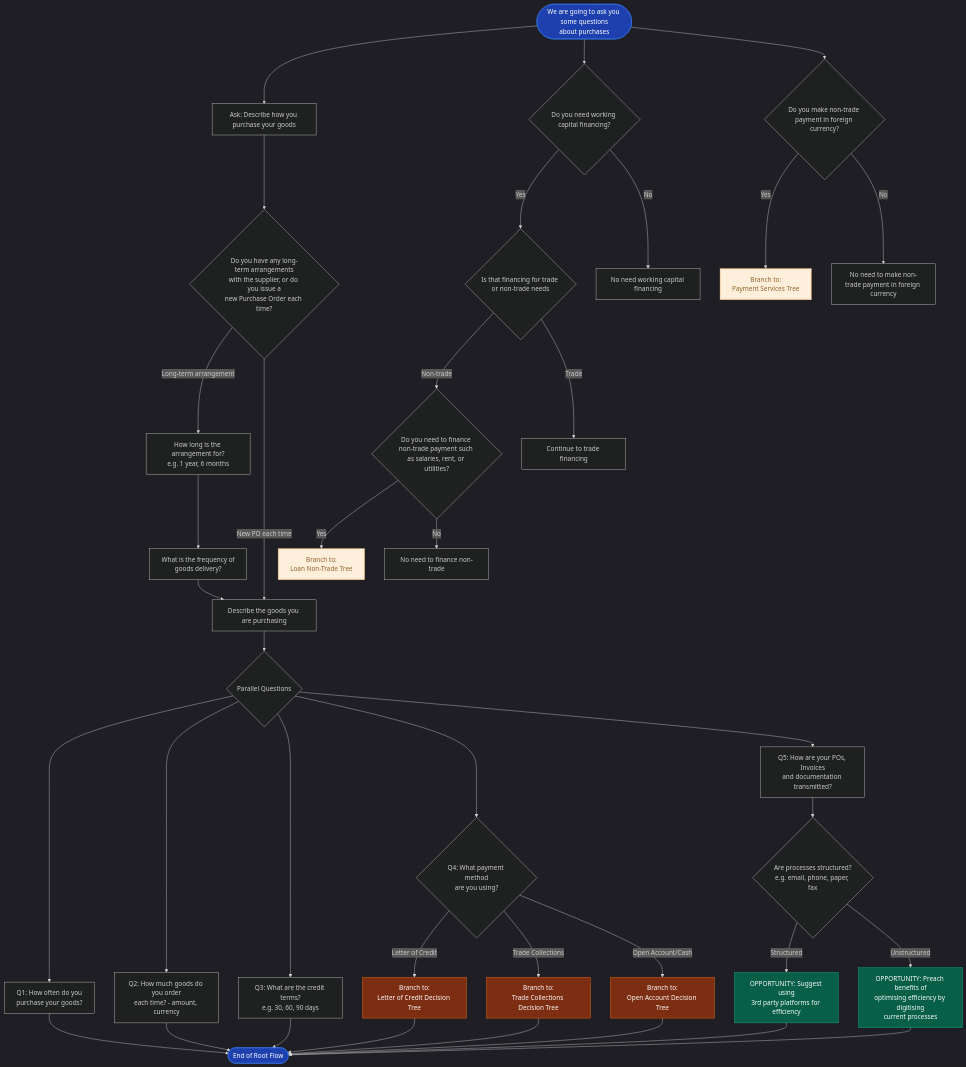
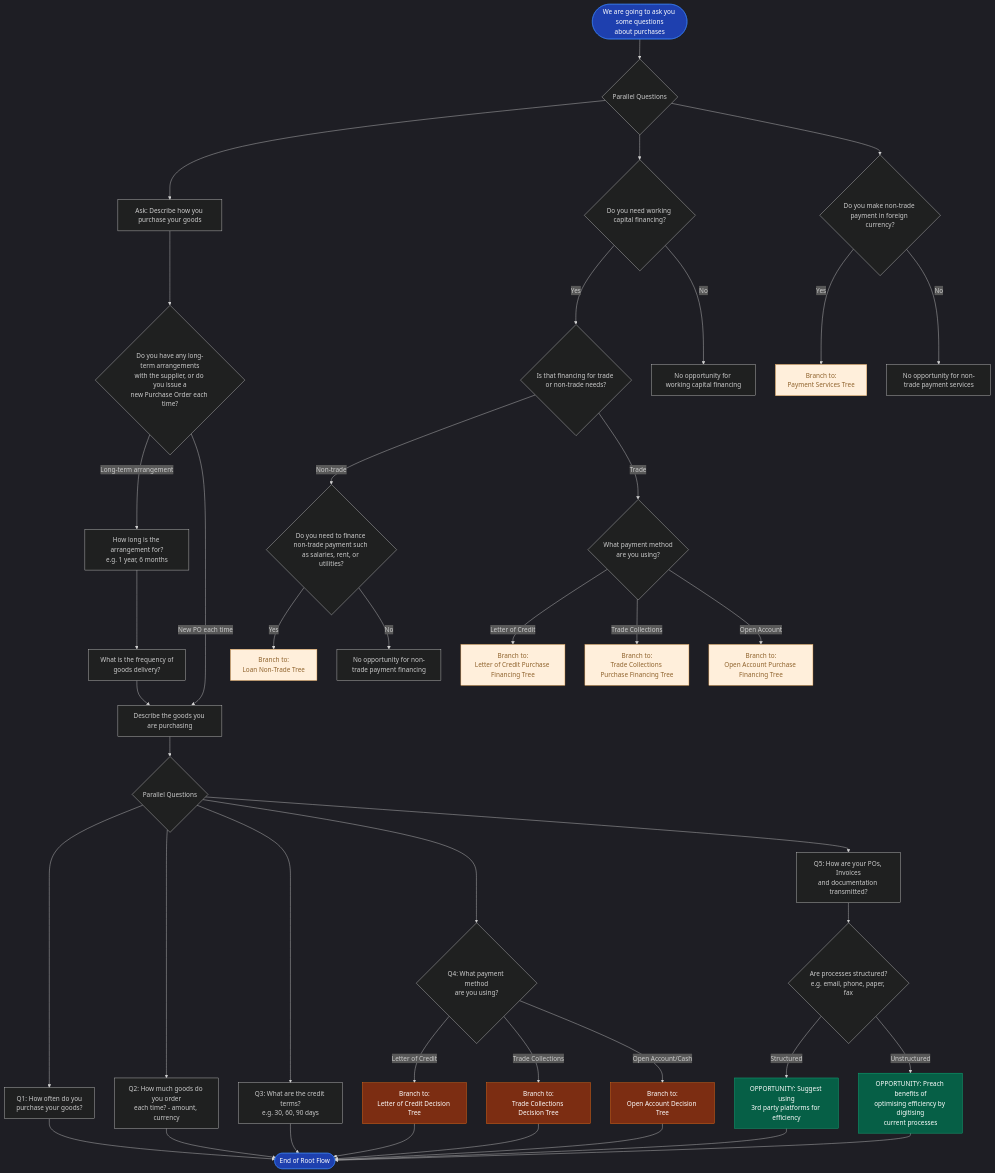
The diagram in tvc_decision_trees/root/root_decisiontree.md (sage-develop/why), drawn with Mermaid before and after one commit.

````diff
--- a/tvc_decision_trees/root/root_decisiontree.md
+++ b/tvc_decision_trees/root/root_decisiontree.md
@@ -3,56 +3,67 @@
 ```mermaid
 %%{init: {'theme':'dark'}}%%
 
 flowchart TD
-    Start(["We are going to ask you some questions<br>about purchases"]) --> Q1["Ask: Describe how you purchase your goods"] & n1["Do you need working capital financing?"] & n6["Do you make non-trade payment in foreign currency?"]
-    Q1 --> Q2{"Do you have any long-term arrangements<br>with the supplier, or do you issue a<br>new Purchase Order each time?"}
+    Start(["We are going to ask you some questions<br>about purchases"]) --> n11["Parallel Questions"]
+    Q1["Ask: Describe how you purchase your goods"] --> Q2{"Do you have any long-term arrangements<br>with the supplier, or do you issue a<br>new Purchase Order each time?"}
     Q2 -- "Long-term arrangement" --> LT1["How long is the arrangement for?<br>e.g. 1 year, 6 months"]
     LT1 --> LT2["What is the frequency of<br>goods delivery?"]
     Q2 -- New PO each time --> GOODS["Describe the goods you are purchasing"]
     GOODS --> PARALLEL{"Parallel Questions"}
     PARALLEL --> P1["Q1: How often do you<br>purchase your goods?"] & P2["Q2: How much goods do you order<br>each time? - amount, currency"] & P3["Q3: What are the credit terms?<br>e.g. 30, 60, 90 days"] & P4{"Q4: What payment method<br>are you using?"} & P5["Q5: How are your POs, Invoices<br>and documentation transmitted?"]
     P4 -- Letter of Credit --> LOC["Branch to:<br>Letter of Credit Decision Tree"]
     P4 -- Trade Collections --> TC["Branch to:<br>Trade Collections Decision Tree"]
     P4 -- Open Account/Cash --> OA["Branch to:<br>Open Account Decision Tree"]
     P5 --> D1{"Are processes structured?<br>e.g. email, phone, paper, fax"}
     D1 -- Structured --> OPP2["OPPORTUNITY: Suggest using<br>3rd party platforms for efficiency"]
     D1 -- Unstructured --> OPP3["OPPORTUNITY: Preach benefits of<br>optimising efficiency by digitising<br>current processes"]
     LOC --> END(["End of Root Flow"])
     TC --> END
     OA --> END
     OPP2 --> END
     OPP3 --> END
     P1 --> END
     P2 --> END
     P3 --> END
     LT2 --> GOODS
-    n1 -- Yes --> n8["Is that financing for trade or non-trade needs"]
+    n1["Do you need working capital financing?"] -- Yes --> n8["Is that financing for trade or non-trade needs?"]
     n8 -- "Non-trade" --> n5["Do you need to finance non-trade payment such as salaries, rent, or utilities?"]
-    n1 -- No --> n3["No need working capital financing"]
+    n1 -- No --> n3["No opportunity for working capital financing"]
     n5 -- Yes --> n4@{ label: "<span style=\"color:\">Branch to:</span><br style=\"--tw-scale-x:\"><span style=\"color:\">Loan Non-Trade Tree</span>" }
-    n6 -- Yes --> n7@{ label: "<span style=\"--tw-scale-x:\">Branch to:</span><br style=\"--tw-scale-x:\"><span style=\"--tw-scale-x:\">Payment Services Tree</span>" }
-    n8 -- Trade --> n2["Continue to trade financing"]
-    n5 -- No --> n9["No need to finance non-trade"]
-    n6 -- No --> n10["No need to make non-trade payment in foreign currency"]
+    n6["Do you make non-trade payment in foreign currency?"] -- Yes --> n7@{ label: "<span style=\"--tw-scale-x:\">Branch to:</span><br style=\"--tw-scale-x:\"><span style=\"--tw-scale-x:\">Payment Services Tree</span>" }
+    n8 -- Trade --> n12@{ label: "What payment method<br style=\"--tw-scale-x:\">are you using?" }
+    n5 -- No --> n9["No opportunity for non-trade payment financing"]
+    n6 -- No --> n10["No opportunity for non-trade payment services"]
+    n11 --> Q1 & n1 & n6
+    n12 -- Letter of Credit --> n2@{ label: "<span style=\"color:\">Branch to:</span><br style=\"--tw-scale-x:\"><span style=\"color:\">Letter of Credit Purchase Financing Tree</span>" }
+    n12 -- Trade Collections --> n13@{ label: "<span style=\"--tw-scale-x:\">Branch to:</span><br style=\"--tw-scale-x:\"><span style=\"--tw-scale-x:\">Trade Collections Purchase Financing Tree</span>" }
+    n12 -- Open Account --> n14@{ label: "<span style=\"--tw-scale-x:\">Branch to:</span><br style=\"--tw-scale-x:\"><span style=\"--tw-scale-x:\">Open Account Purchase Financing Tree</span>" }
 
+    n11@{ shape: diam}
     n1@{ shape: diam}
-    n6@{ shape: diam}
     n8@{ shape: diam}
     n5@{ shape: diam}
     n3@{ shape: rect}
     n4@{ shape: rect}
+    n6@{ shape: diam}
     n7@{ shape: rect}
-    n2@{ shape: rect}
+    n12@{ shape: diam}
     n9@{ shape: rect}
     n10@{ shape: rect}
+    n2@{ shape: rect}
+    n13@{ shape: rect}
+    n14@{ shape: rect}
      n4:::Peach
      n7:::Peach
+     n2:::Peach
+     n13:::Peach
+     n14:::Peach
     classDef Peach stroke-width:1px, stroke-dasharray:none, stroke:#FBB35A, fill:#FFEFDB, color:#8F632D
     style Start fill:#1e40af,stroke:#3b82f6,color:#fff
     style LOC fill:#7c2d12,stroke:#f97316,color:#fff
     style TC fill:#7c2d12,stroke:#f97316,color:#fff
     style OA fill:#7c2d12,stroke:#f97316,color:#fff
     style OPP2 fill:#065f46,stroke:#10b981,color:#fff
     style OPP3 fill:#065f46,stroke:#10b981,color:#fff
     style END fill:#1e40af,stroke:#3b82f6,color:#fff
 ```
````
